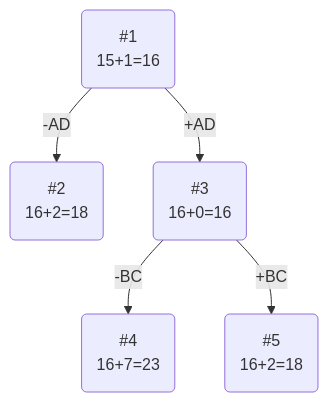
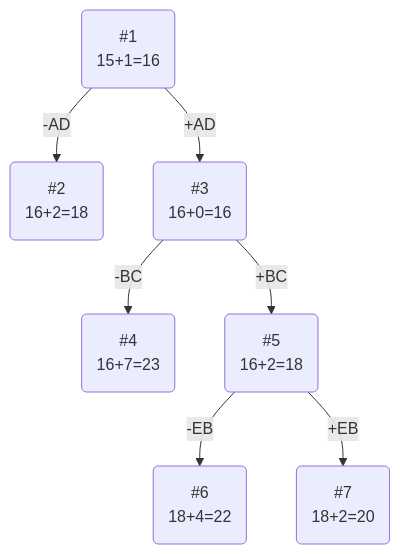
The diagram in task_20/citrine.md (HSE-algo-23-crow/manual_tasks), drawn with Mermaid before and after one commit. The commit also changed other lines of this file, not shown here.

````diff
--- a/task_20/citrine.md
+++ b/task_20/citrine.md
@@ -78,7 +78,9 @@
 ```mermaid
 graph TB
     1(#1\n15+1=16)-->|-AD|2(#2\n16+2=18)
     1-->|+AD|3(#3\n16+0=16)
     3-->|-BC|4(#4\n16+7=23)
     3-->|+BC|5(#5\n16+2=18)
+    5-->|-EB|6(#6\n18+4=22)
+    5-->|+EB|7(#7\n18+2=20)
 ```
````
